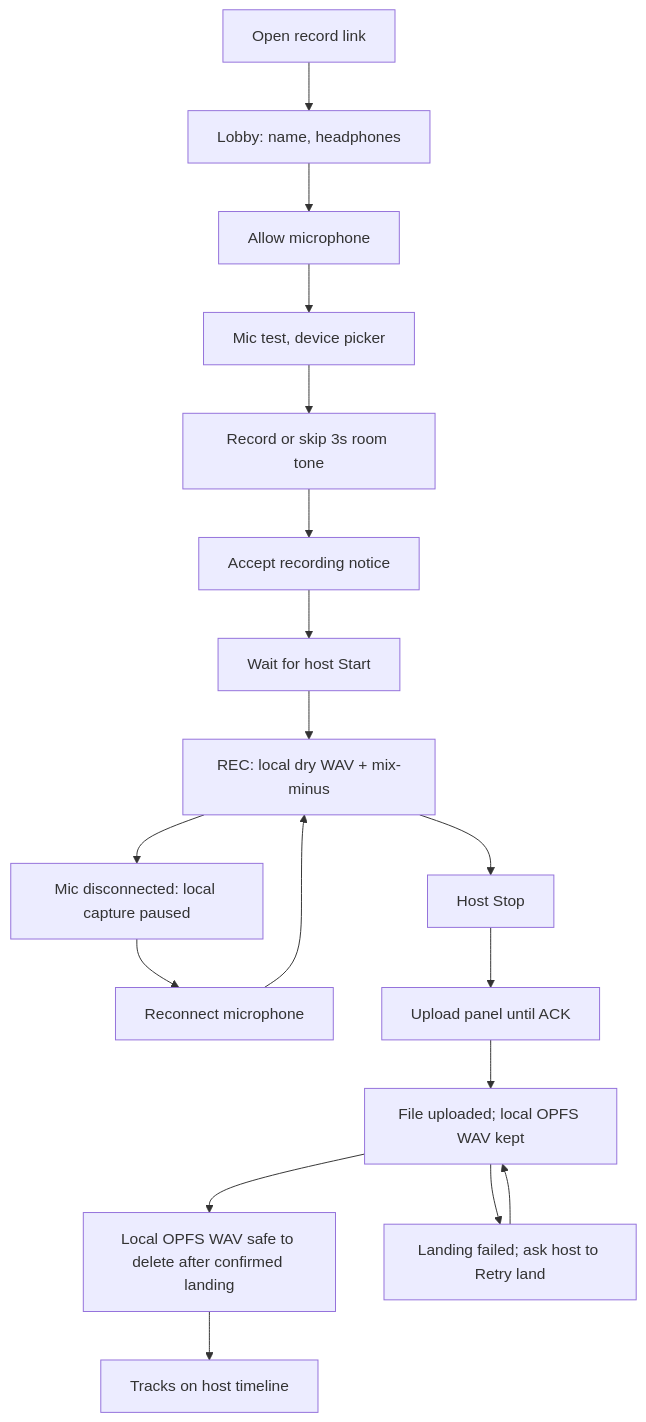
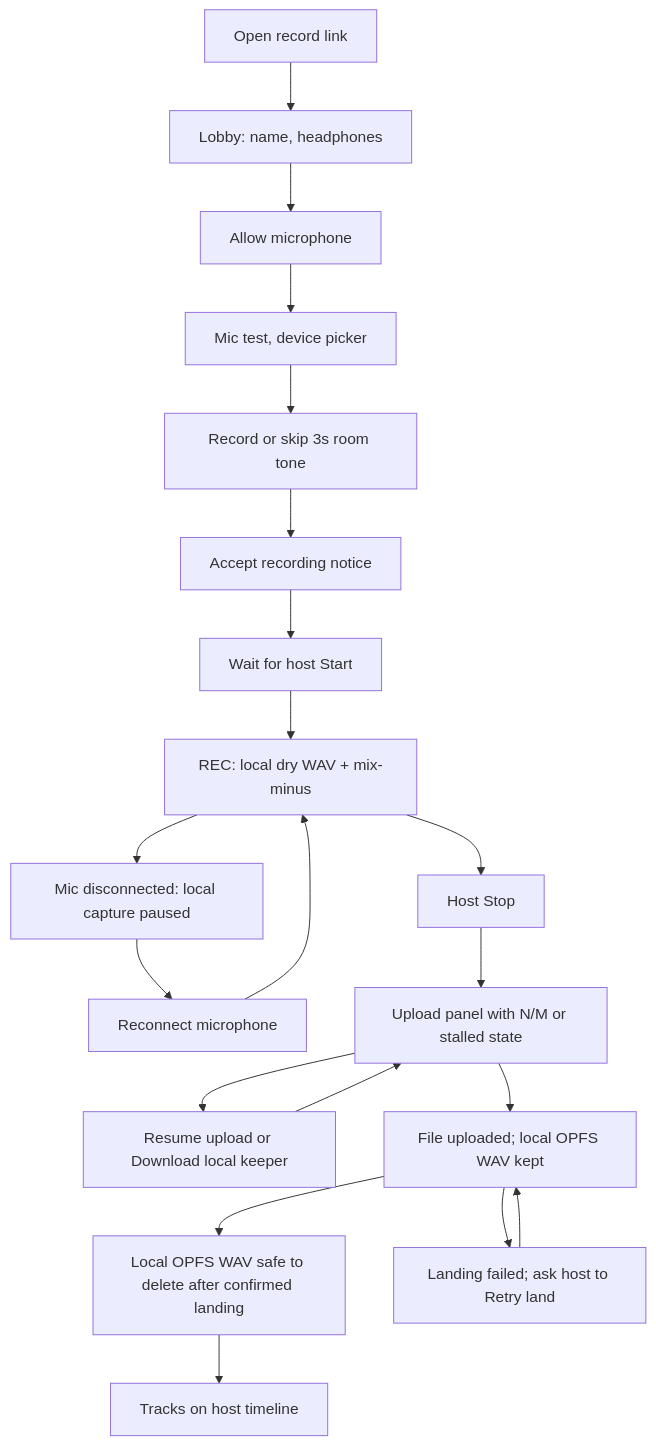
The fifth of 6 diagrams in ux/pages/guest-journeys.md (calebn/sharecut-studio), drawn with Mermaid before and after one commit. The commit also changed other lines of this file and 27 other files, not shown here.

````diff
--- a/ux/pages/guest-journeys.md
+++ b/ux/pages/guest-journeys.md
@@ -126,20 +126,22 @@
 ```mermaid
 flowchart TD
   open[Open record link] --> lobby[Lobby: name, headphones]
   lobby --> devices[Allow microphone]
   devices --> mic[Mic test, device picker]
   mic --> roomTone[Record or skip 3s room tone]
   roomTone --> consent[Accept recording notice]
   consent --> wait[Wait for host Start]
   wait --> rec[REC: local dry WAV + mix-minus]
   rec --> lost[Mic disconnected: local capture paused]
   lost --> reconnect[Reconnect microphone]
   reconnect --> rec
   rec --> stop[Host Stop]
-  stop --> upload[Upload panel until ACK]
+  stop --> upload[Upload panel with N/M or stalled state]
+  upload --> recovery[Resume upload or Download local keeper]
+  recovery --> upload
   upload --> staged[File uploaded; local OPFS WAV kept]
   staged --> opfs[Local OPFS WAV safe to delete after confirmed landing]
   staged --> failed[Landing failed; ask host to Retry land]
   failed --> staged
   opfs --> done[Tracks on host timeline]
 ```
````
